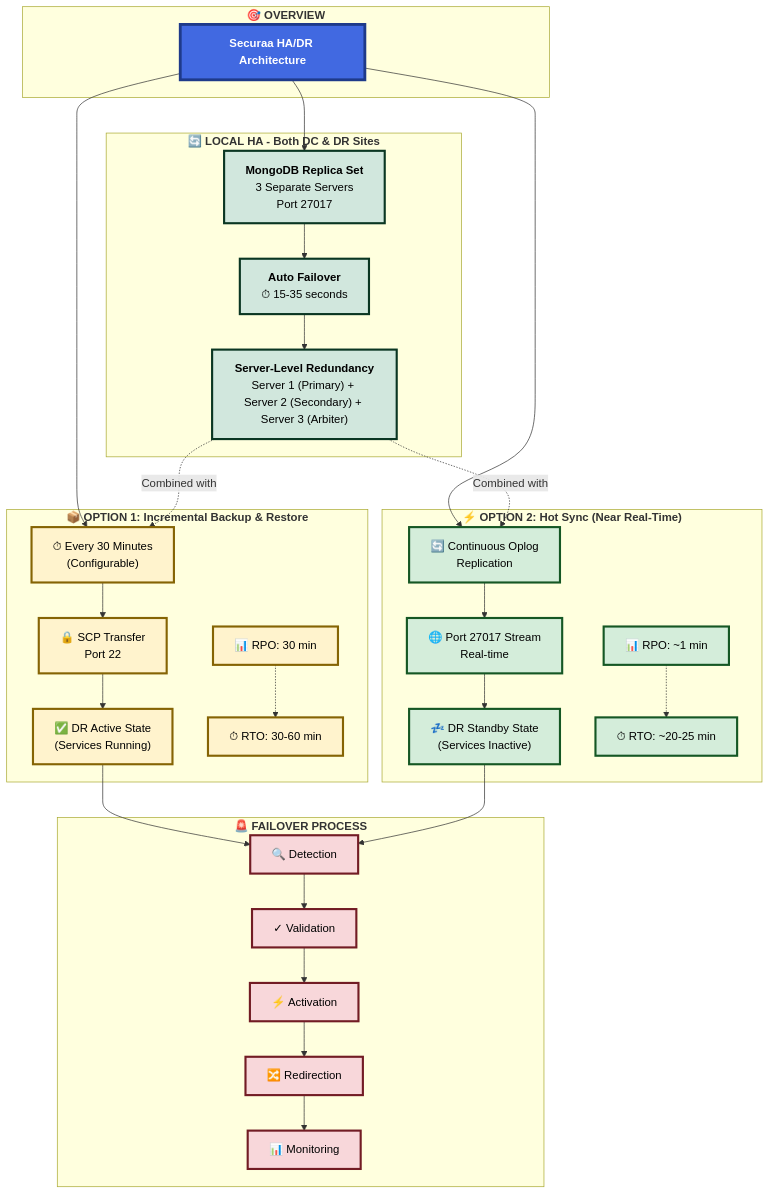
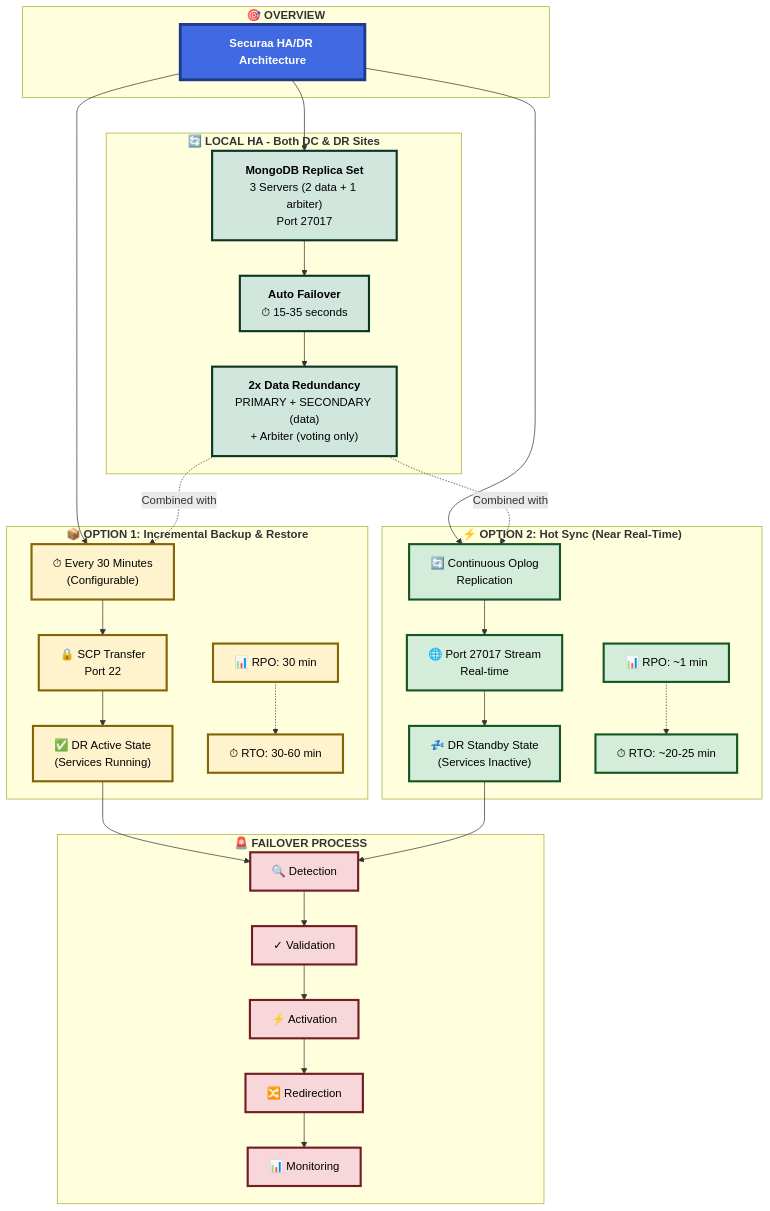
Before and after one commit to Vishwa0220/customers-docs: diagram 11 of 11 in HA_DR_Architecture_Documentation_dt.md, drawn with Mermaid. The commit also changed other lines of this file, not shown here.

````diff
--- a/HA_DR_Architecture_Documentation_dt.md
+++ b/HA_DR_Architecture_Documentation_dt.md
@@ -781,65 +796,65 @@
 ```mermaid
 graph TB
     subgraph OVERVIEW["<b>🎯 OVERVIEW</b>"]
         TITLE["<b>Securaa HA/DR Architecture</b>"]
     end
     
     subgraph LHA["<b>🔄 LOCAL HA - Both DC & DR Sites</b>"]
-        LHA1["<b>MongoDB Replica Set</b><br/>3 Separate Servers<br/>Port 27017"]
+        LHA1["<b>MongoDB Replica Set</b><br/>3 Servers (2 data + 1 arbiter)<br/>Port 27017"]
         LHA2["<b>Auto Failover</b><br/>⏱ 15-35 seconds"]
-        LHA3["<b>Server-Level Redundancy</b><br/>Server 1 (Primary) + Server 2 (Secondary) + Server 3 (Arbiter)"]
+        LHA3["<b>2x Data Redundancy</b><br/>PRIMARY + SECONDARY (data)<br/>+ Arbiter (voting only)"]
         
         LHA1 --> LHA2 --> LHA3
     end
     
     subgraph IB["<b>📦 OPTION 1: Incremental Backup & Restore</b>"]
         IB1["⏱ Every 30 Minutes<br/>(Configurable)"]
         IB2["🔒 SCP Transfer<br/>Port 22"]
         IB3["✅ DR Active State<br/>(Services Running)"]
         IB4["📊 RPO: 30 min"]
         IB5["⏱ RTO: 30-60 min"]
         
         IB1 --> IB2 --> IB3
         IB4 -.-> IB5
     end
     
     subgraph HS["<b>⚡ OPTION 2: Hot Sync (Near Real-Time)</b>"]
         HS1["🔄 Continuous Oplog<br/>Replication"]
         HS2["🌐 Port 27017 Stream<br/>Real-time"]
         HS3["💤 DR Standby State<br/>(Services Inactive)"]
         HS4["📊 RPO: ~1 min"]
         HS5["⏱ RTO: ~20-25 min"]
         
         HS1 --> HS2 --> HS3
         HS4 -.-> HS5
     end
     
     subgraph FO["<b>🚨 FAILOVER PROCESS</b>"]
         FO1["🔍 Detection"] --> FO2["✓ Validation"]
         FO2 --> FO3["⚡ Activation"]
         FO3 --> FO4["🔀 Redirection"]
         FO4 --> FO5["📊 Monitoring"]
     end
     
     TITLE --> LHA1
     TITLE --> IB1
     TITLE --> HS1
     
     LHA3 -.->|"Combined with"| IB1
     LHA3 -.->|"Combined with"| HS1
     
     IB3 --> FO1
     HS3 --> FO1
     
     classDef titleStyle fill:#4169e1,stroke:#1e3a8a,stroke-width:4px,color:#fff,font-size:16px
     classDef localHA fill:#d1e7dd,stroke:#0a3622,stroke-width:3px,color:#000
     classDef backup fill:#fff3cd,stroke:#856404,stroke-width:3px,color:#000
     classDef hotSync fill:#d4edda,stroke:#155724,stroke-width:3px,color:#000
     classDef failover fill:#f8d7da,stroke:#721c24,stroke-width:3px,color:#000
     
     class TITLE titleStyle
     class LHA1,LHA2,LHA3 localHA
     class IB1,IB2,IB3,IB4,IB5 backup
     class HS1,HS2,HS3,HS4,HS5 hotSync
     class FO1,FO2,FO3,FO4,FO5 failover
 ```
````
